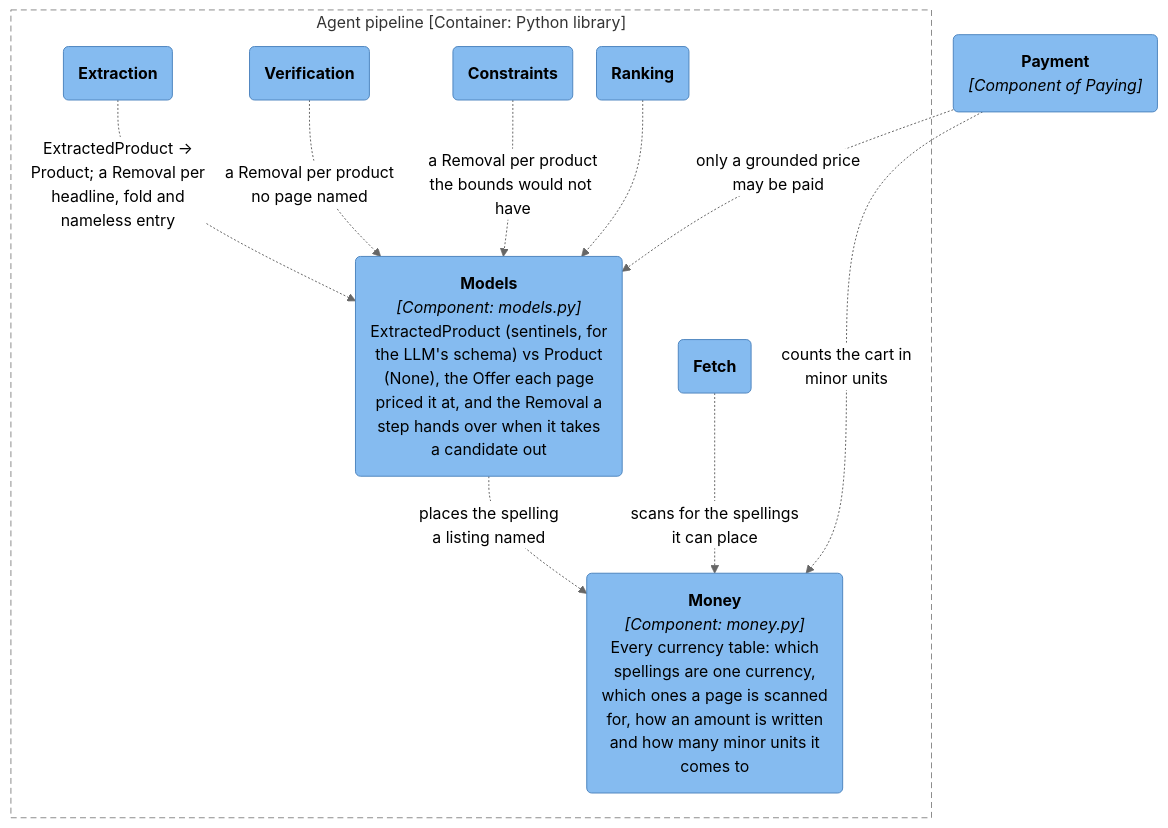
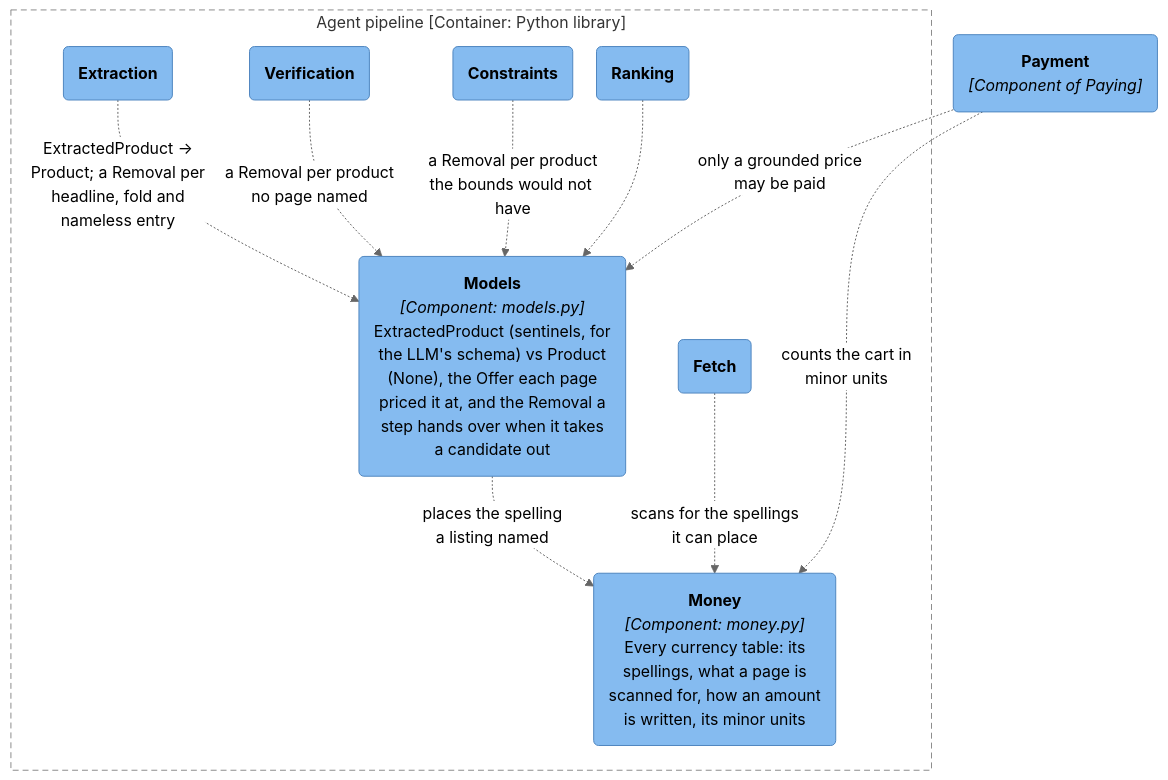
Before and after one commit to adamw7/buy_agent: the seventh of 11 diagrams in docs/architecture.md, drawn with Mermaid (neutral theme). The commit also changed other lines of this file and 6 other files, not shown here.

````diff
--- a/docs/architecture.md
+++ b/docs/architecture.md
@@ -384,33 +371,33 @@
 ```mermaid
 ---
 config:
   flowchart:
     wrappingWidth: 400
     nodeSpacing: 24
     rankSpacing: 50
 ---
 graph TB
     subgraph pipeline["Agent pipeline [Container: Python library]"]
         extraction("<b>Extraction</b>")
         verification("<b>Verification</b>")
         constraints("<b>Constraints</b>")
         ranking("<b>Ranking</b>")
         fetch("<b>Fetch</b>")
         models("<b>Models</b><br/><i>[Component: models.py]</i><br/>ExtractedProduct (sentinels, for<br/>the LLM's schema) vs Product<br/>(None), the Offer each page<br/>priced it at, and the Removal a<br/>step hands over when it takes<br/>a candidate out")
-        moneyc("<b>Money</b><br/><i>[Component: money.py]</i><br/>Every currency table: which<br/>spellings are one currency,<br/>which ones a page is scanned<br/>for, how an amount is written<br/>and how many minor units it<br/>comes to")
+        moneyc("<b>Money</b><br/><i>[Component: money.py]</i><br/>Every currency table: its<br/>spellings, what a page is<br/>scanned for, how an amount<br/>is written, its minor units")
     end
     payment("<b>Payment</b><br/><i>[Component of Paying]</i>")
 
     extraction -.->|"ExtractedProduct →<br/>Product; a Removal per<br/>headline, fold and<br/>nameless entry"| models
     verification -.->|"a Removal per product<br/>no page named"| models
     constraints -.->|"a Removal per product<br/>the bounds would not have"| models
     ranking -.-> models
     payment -.->|"only a grounded price<br/>may be paid"| models
     models -.->|"places the spelling<br/>a listing named"| moneyc
     fetch -.->|"scans for the spellings<br/>it can place"| moneyc
     payment -.->|"counts the cart in<br/>minor units"| moneyc
 
     classDef component fill:#85bbf0,stroke:#4f86c0,color:#000
     class extraction,verification,constraints,ranking,fetch,models,moneyc,payment component
     style pipeline fill:none,stroke:#8c8c8c,stroke-width:1px,stroke-dasharray:6 4
 ```
````
